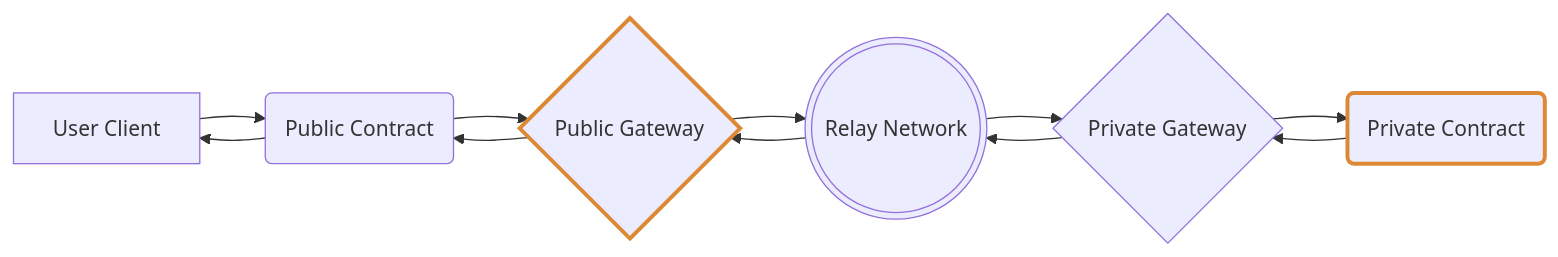
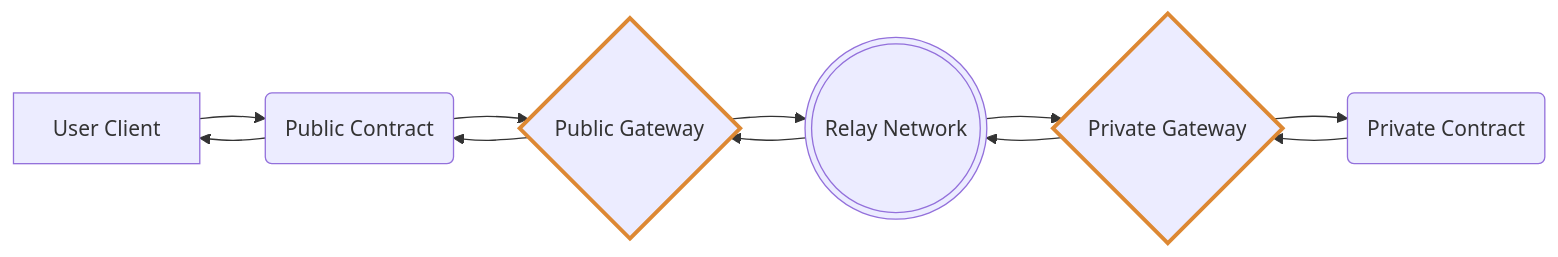
The diagram in TNLS-Gateways/README.md (Atbash-Labs/TNLS), drawn with Mermaid before and after one commit.

````diff
--- a/TNLS-Gateways/README.md
+++ b/TNLS-Gateways/README.md
@@ -3,15 +3,15 @@
 ```mermaid
 flowchart LR
       A[User Client]-->B(Public Contract);
       B-->C{Public Gateway};
       C-->D(((Relay Network)));
       D-->E{Private Gateway};
       E-->F(Private Contract);
       F-->E;
       E-->D;
       D-->C;
       C-->B;
       B-->A;
-      style F stroke:#d83,stroke-width:3px;
+      style E stroke:#d83,stroke-width:3px;
       style C stroke:#d83,stroke-width:3px;
 ```
````
